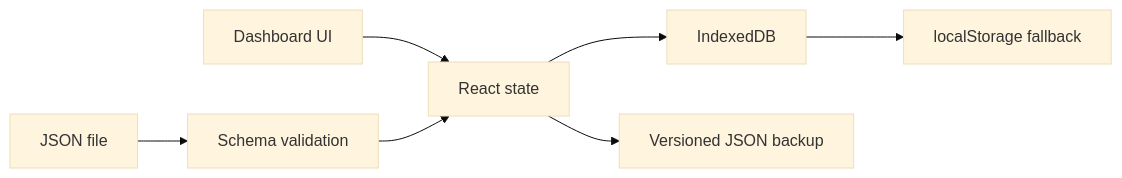
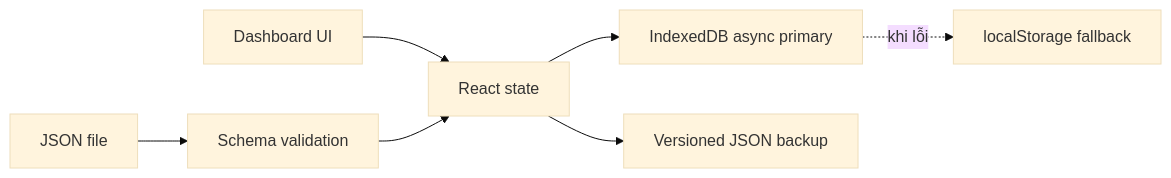
Before and after one commit to tqt97/taskboard-focus: the diagram in docs/ARCHITECTURE.md, drawn with Mermaid (base theme). The commit also changed other lines of this file and 10 other files, not shown here.

Commit message:
perf(storage): defer fallback writes and refresh docs

````diff
--- a/docs/ARCHITECTURE.md
+++ b/docs/ARCHITECTURE.md
@@ -53,9 +55,9 @@
 ```mermaid
 flowchart LR
  UI[Dashboard UI] --> State[React state]
- State --> Local[IndexedDB]
- Local --> Fallback[localStorage fallback]
+ State --> Local[IndexedDB async primary]
+ Local -. khi lỗi .-> Fallback[localStorage fallback]
  State --> Export[Versioned JSON backup]
  Import[JSON file] --> Validate[Schema validation]
  Validate --> State
 ```
````
